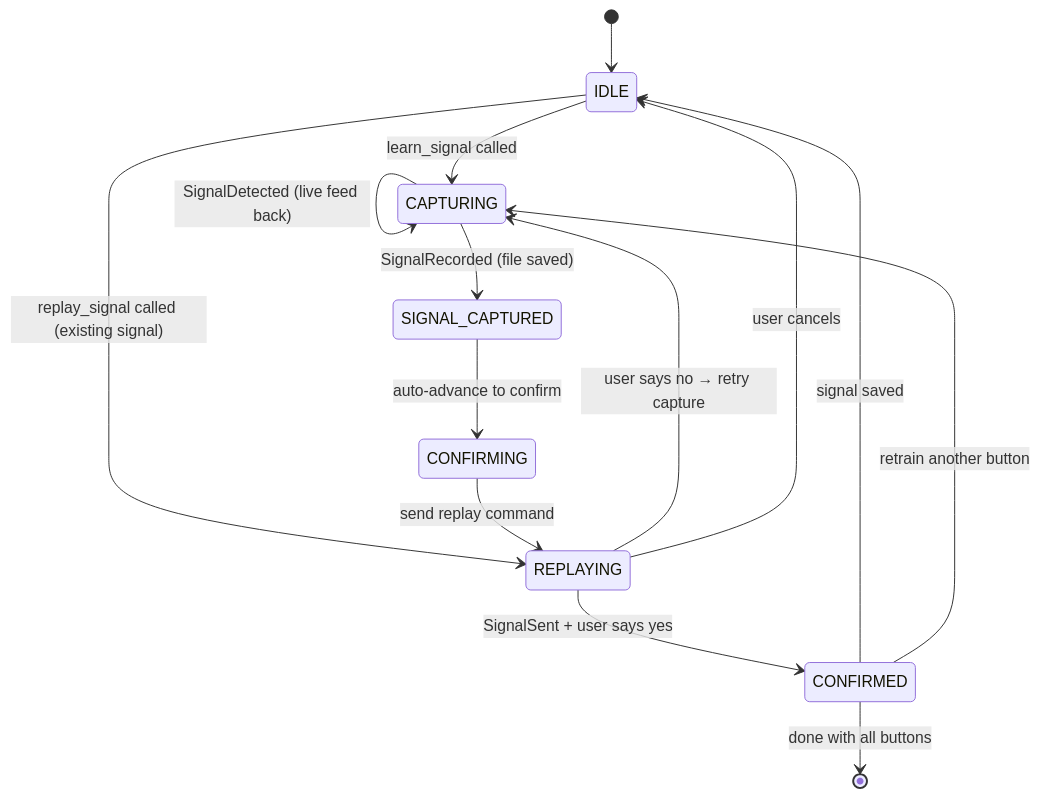
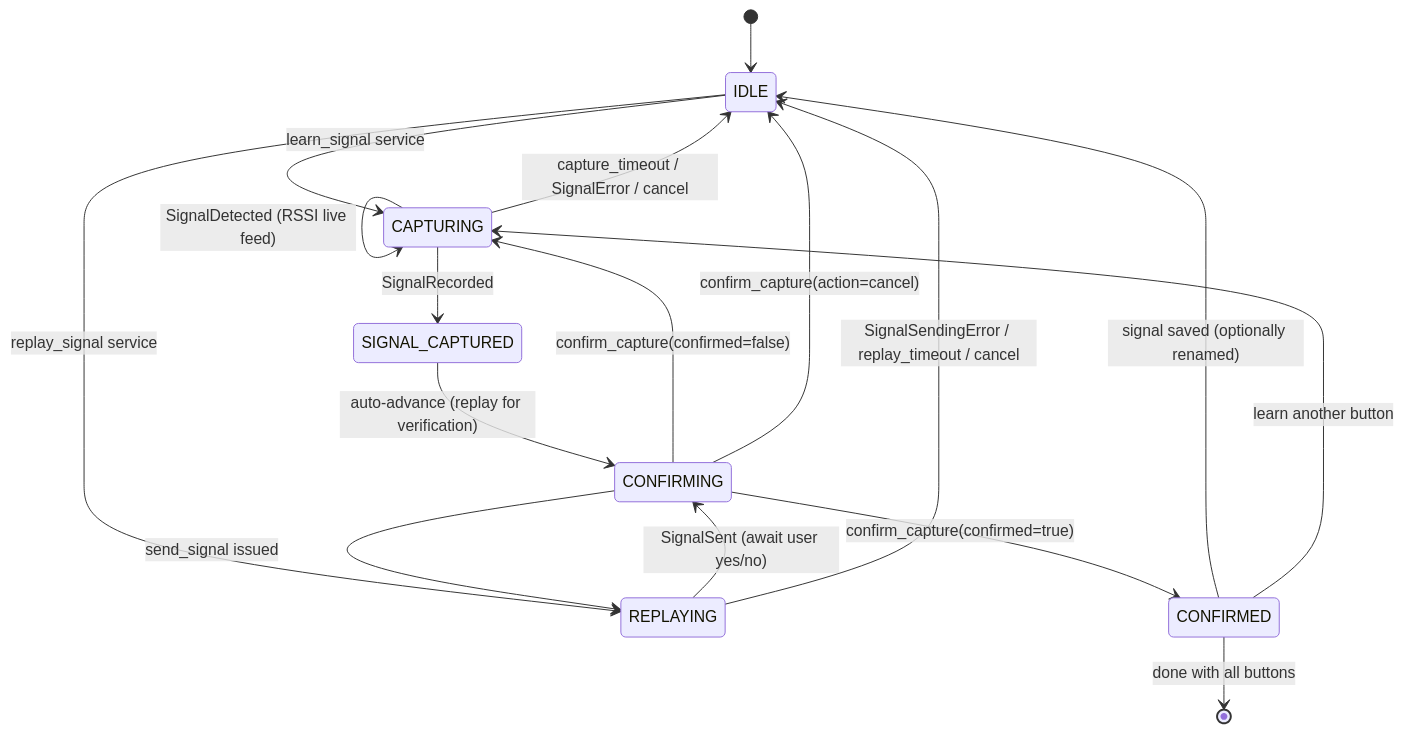
Before and after one commit to meowtochondria/EvilCrowRF-V2: the seventh of 10 diagrams in hass/docs/plan.md, drawn with Mermaid. The commit also changed other lines of this file, not shown here.

````diff
--- a/hass/docs/plan.md
+++ b/hass/docs/plan.md
@@ -748,22 +954,25 @@
 ```mermaid
 stateDiagram-v2
     [*] --> IDLE
 
-    IDLE --> CAPTURING: learn_signal called
-    IDLE --> REPLAYING: replay_signal called (existing signal)
+    IDLE --> CAPTURING: learn_signal service
+    IDLE --> REPLAYING: replay_signal service
 
-    CAPTURING --> CAPTURING: SignalDetected (live feed back)
-    CAPTURING --> SIGNAL_CAPTURED: SignalRecorded (file saved)
+    CAPTURING --> CAPTURING: SignalDetected (RSSI live feed)
+    CAPTURING --> SIGNAL_CAPTURED: SignalRecorded
+    CAPTURING --> IDLE: capture_timeout / SignalError / cancel
 
-    SIGNAL_CAPTURED --> CONFIRMING: auto-advance to confirm
-    CONFIRMING --> REPLAYING: send replay command
+    SIGNAL_CAPTURED --> CONFIRMING: auto-advance (replay for verification)
+    CONFIRMING --> REPLAYING: send_signal issued
 
-    REPLAYING --> CONFIRMED: SignalSent + user says yes
-    REPLAYING --> CAPTURING: user says no → retry capture
-    REPLAYING --> IDLE: user cancels
+    REPLAYING --> CONFIRMING: SignalSent (await user yes/no)
+    REPLAYING --> IDLE: SignalSendingError / replay_timeout / cancel
 
-    CONFIRMED --> IDLE: signal saved
-    CONFIRMED --> CAPTURING: retrain another button
+    CONFIRMING --> CONFIRMED: confirm_capture(confirmed=true)
+    CONFIRMING --> CAPTURING: confirm_capture(confirmed=false)
+    CONFIRMING --> IDLE: confirm_capture(action=cancel)
 
+    CONFIRMED --> IDLE: signal saved (optionally renamed)
+    CONFIRMED --> CAPTURING: learn another button
     CONFIRMED --> [*]: done with all buttons
 ```
````
